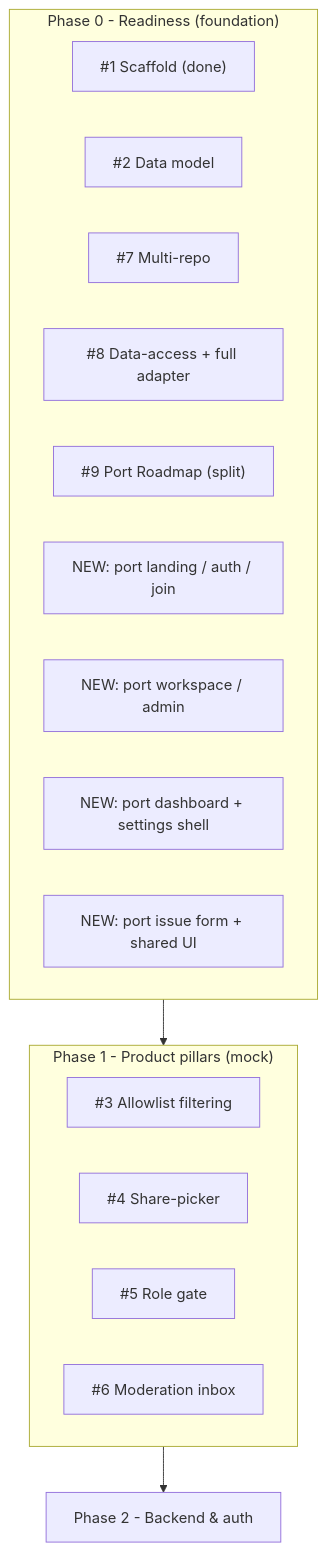
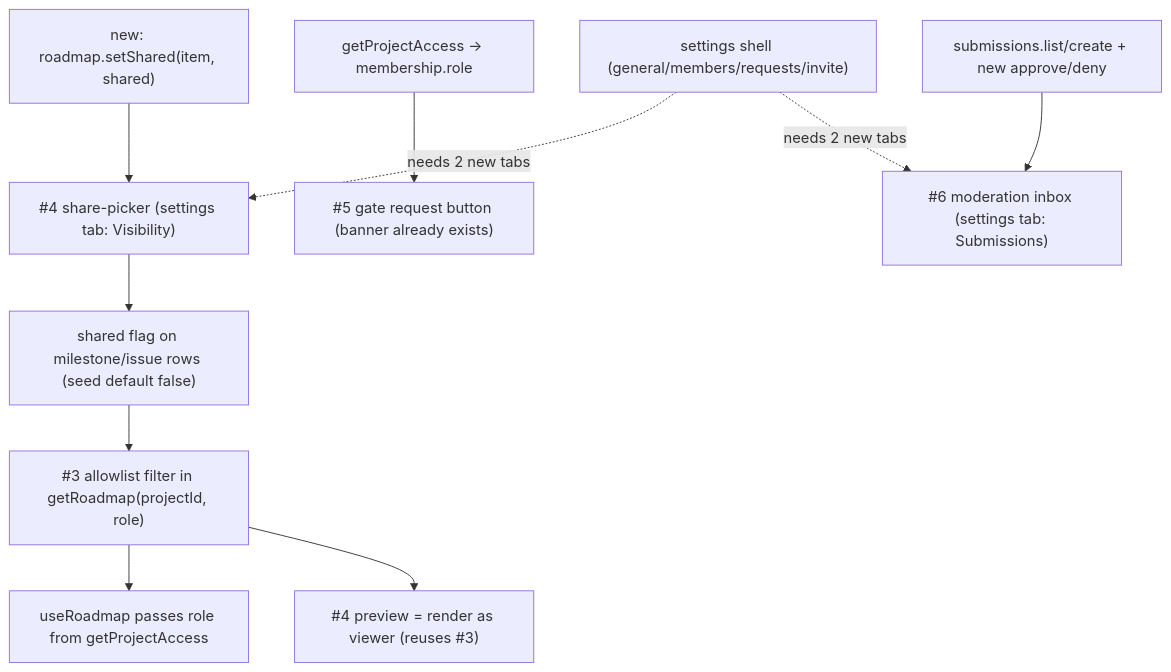
Before and after one commit to zestones/vista: the diagram in docs/audits/milestone-Phase 1-audit.md, drawn with Mermaid. The commit also changed other lines of this file, not shown here.

Commit message:
refactor(audit): update Phase 1 audit to reflect re-audit findings and align with Phase 0 foundations

````diff
--- a/docs/audits/milestone-Phase 1-audit.md
+++ b/docs/audits/milestone-Phase 1-audit.md
@@ -43,22 +26,12 @@
 ```mermaid
-flowchart TD
-  subgraph P0["Phase 0 - Readiness (foundation)"]
-    A["#1 Scaffold (done)"]
-    B["#2 Data model"]
-    C["#7 Multi-repo"]
-    D["#8 Data-access + full adapter"]
-    E["#9 Port Roadmap (split)"]
-    F["NEW: port landing / auth / join"]
-    G["NEW: port workspace / admin"]
-    H["NEW: port dashboard + settings shell"]
-    I["NEW: port issue form + shared UI"]
-  end
-  subgraph P1["Phase 1 - Product pillars (mock)"]
-    J["#3 Allowlist filtering"]
-    K["#4 Share-picker"]
-    L["#5 Role gate"]
-    M["#6 Moderation inbox"]
-  end
-  P0 --> P1
-  P1 --> P2["Phase 2 - Backend & auth"]
+graph TD
+  shared["shared flag on milestone/issue rows (seed default false)"] --> i3["#3 allowlist filter in getRoadmap(projectId, role)"]
+  i3 --> hook["useRoadmap passes role from getProjectAccess"]
+  i3 --> i4preview["#4 preview = render as viewer (reuses #3)"]
+  setShared["new: roadmap.setShared(item, shared)"] --> i4["#4 share-picker (settings tab: Visibility)"]
+  i4 --> shared
+  access["getProjectAccess -> membership.role"] --> i5["#5 gate request button (banner already exists)"]
+  subsvc["submissions.list/create + new approve/deny"] --> i6["#6 moderation inbox (settings tab: Submissions)"]
+  shell["settings shell (general/members/requests/invite)"] -.needs 2 new tabs.-> i4
+  shell -.needs 2 new tabs.-> i6
 ```
````
